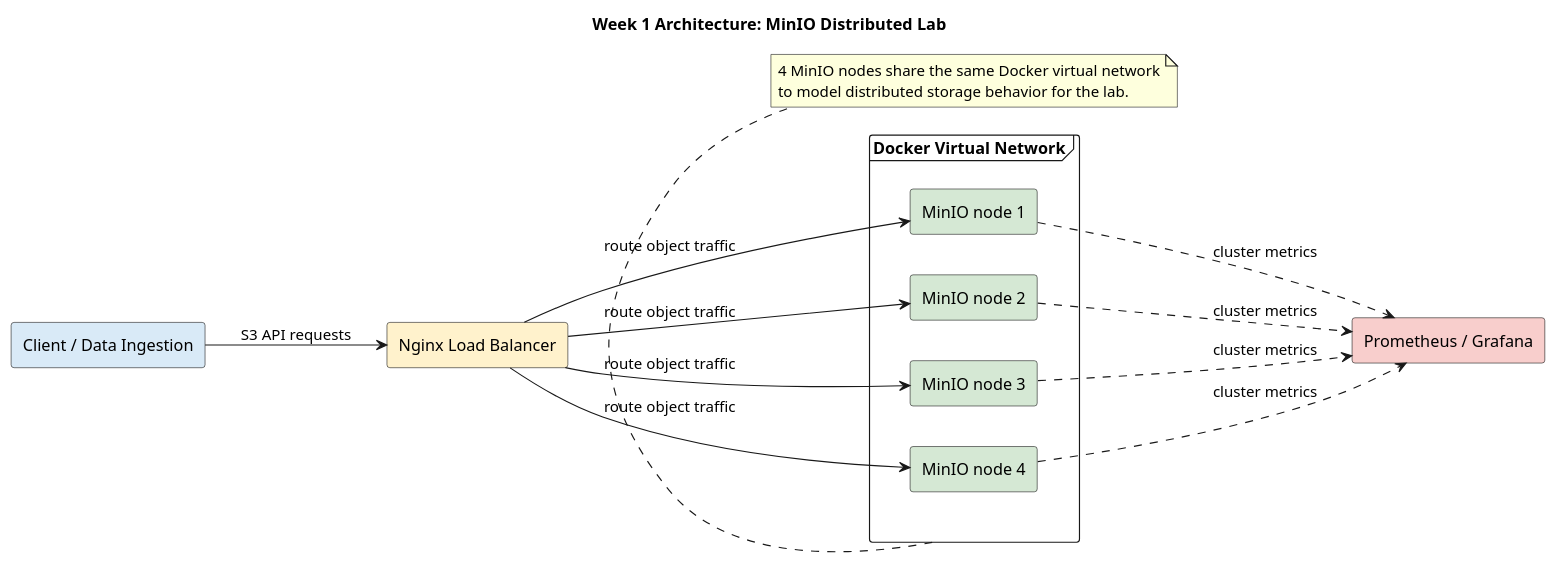
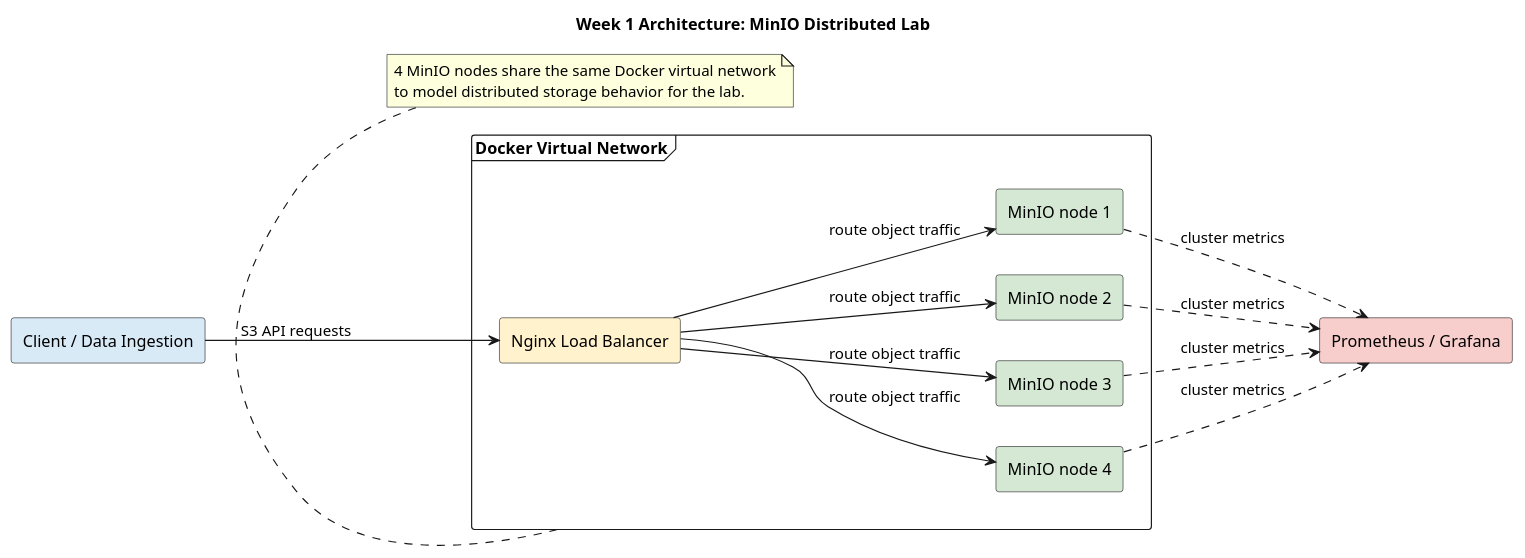
Before and after one commit to PhanThienLoc/cloud-native-minio-lab: the diagram in docs/architecture/week1-minio-architecture.puml, drawn with PlantUML. The commit also changed 5 other files, not shown here.

Commit message:
fix: complete week1 architecture and validation docs

```diff
--- a/docs/architecture/week1-minio-architecture.puml
+++ b/docs/architecture/week1-minio-architecture.puml
@@ -1,36 +1,36 @@
 @startuml
 title Week 1 Architecture: MinIO Distributed Lab
 left to right direction
 skinparam shadowing false
 skinparam defaultFontName Arial
 skinparam componentStyle rectangle
 
 rectangle "Client / Data Ingestion" as Client #D9EAF7
-rectangle "Nginx Load Balancer" as Nginx #FFF2CC
 
 frame "Docker Virtual Network" as DockerNet {
+  rectangle "Nginx Load Balancer" as Nginx #FFF2CC
   rectangle "MinIO node 1" as M1 #D5E8D4
   rectangle "MinIO node 2" as M2 #D5E8D4
   rectangle "MinIO node 3" as M3 #D5E8D4
   rectangle "MinIO node 4" as M4 #D5E8D4
 }
 
 rectangle "Prometheus / Grafana" as Metrics #F8CECC
 
 Client --> Nginx : S3 API requests
 Nginx --> M1 : route object traffic
 Nginx --> M2 : route object traffic
 Nginx --> M3 : route object traffic
 Nginx --> M4 : route object traffic
 
 M1 ..> Metrics : cluster metrics
 M2 ..> Metrics : cluster metrics
 M3 ..> Metrics : cluster metrics
 M4 ..> Metrics : cluster metrics
 
 note bottom of DockerNet
 4 MinIO nodes share the same Docker virtual network
 to model distributed storage behavior for the lab.
 end note
 
 @enduml
```
